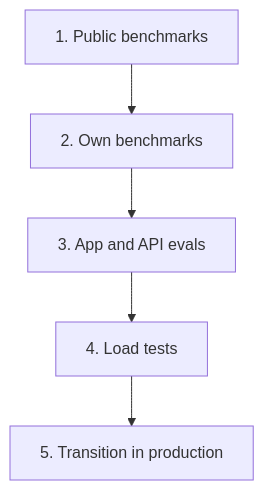
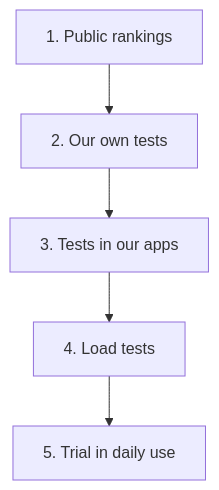
The diagram in markdown/evaluation/how-we-test.md (DCC-BS/documentation), drawn with Mermaid before and after one commit. The commit also changed other lines of this file and 3 other files, not shown here.

````diff
--- a/markdown/evaluation/how-we-test.md
+++ b/markdown/evaluation/how-we-test.md
@@ -11,7 +11,7 @@
 ```mermaid
 flowchart TB
-    A["1. Public benchmarks"] --> B["2. Own benchmarks"]
-    B --> C["3. App and API evals"]
+    A["1. Public rankings"] --> B["2. Our own tests"]
+    B --> C["3. Tests in our apps"]
     C --> D["4. Load tests"]
-    D --> E["5. Transition in production"]
+    D --> E["5. Trial in daily use"]
 ```
````
